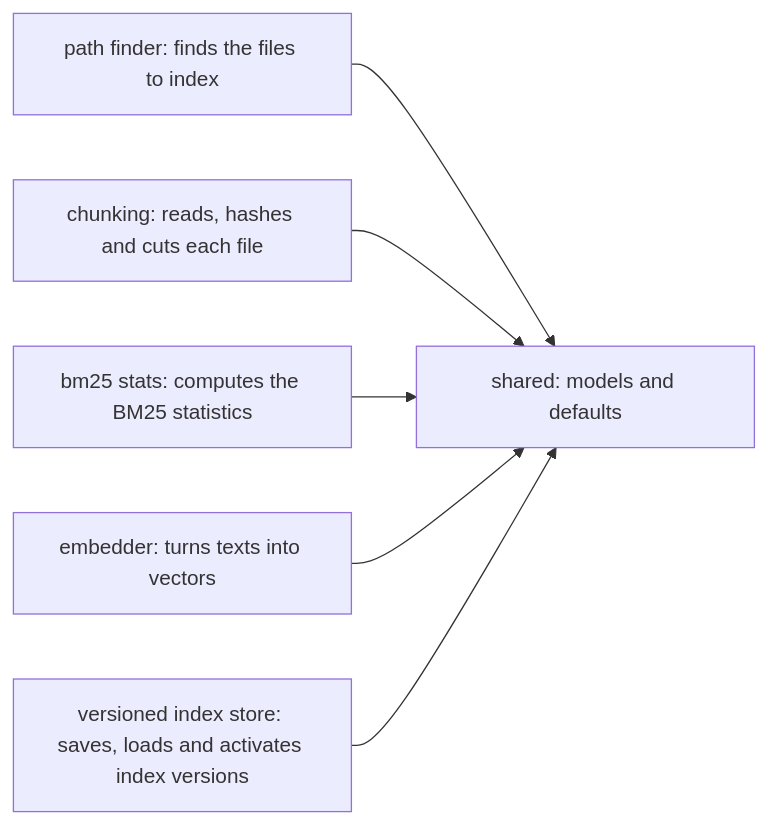
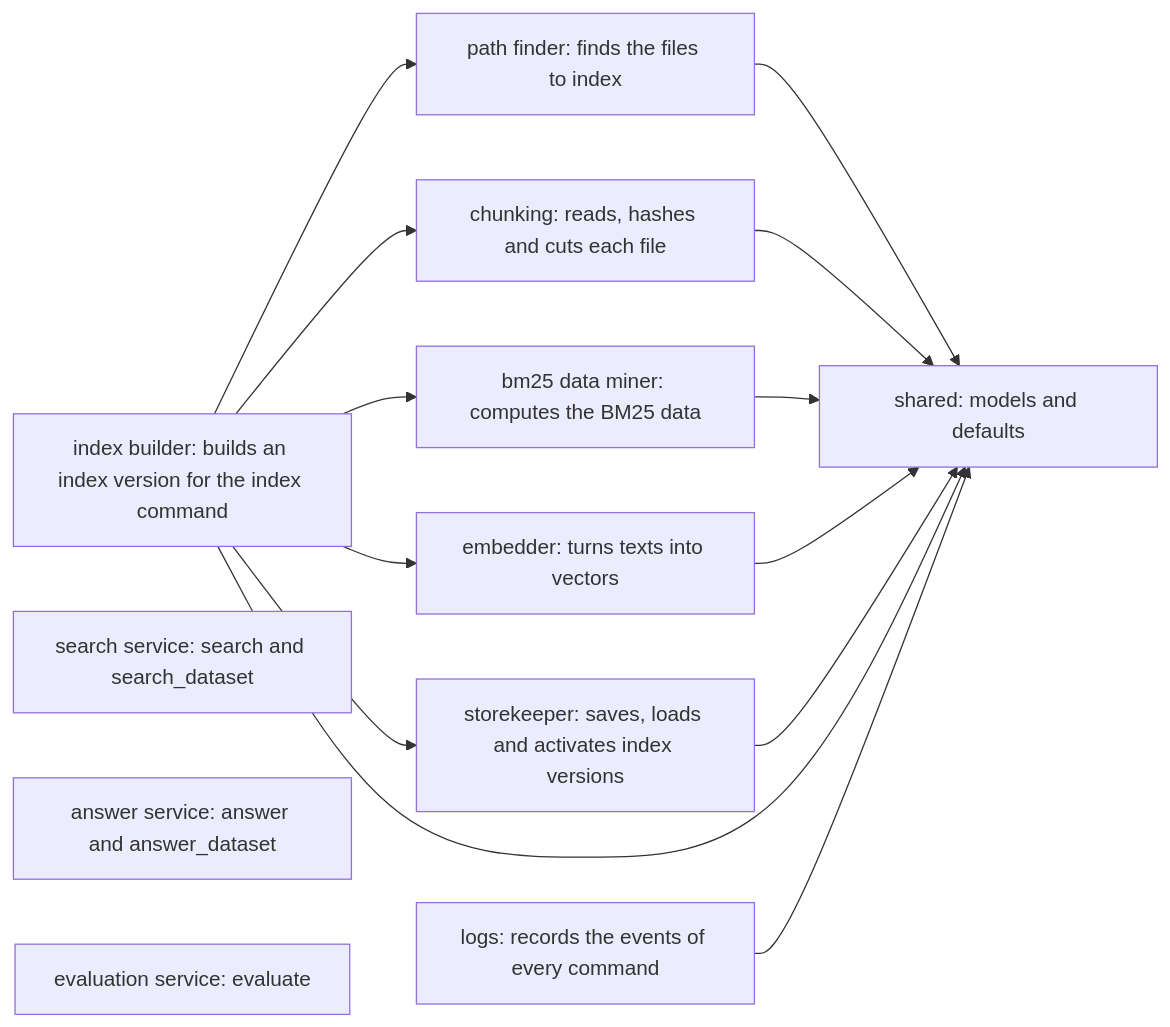
Before and after one commit to FNYRD/RAG-against-the-machine-: the diagram in block_division.md, drawn with Mermaid. The commit also changed other lines of this file and 1 other file, not shown here.

Commit message:
index block defined

````diff
--- a/block_division.md
+++ b/block_division.md
@@ -46,14 +76,26 @@
 ```mermaid
 flowchart LR
     shared[shared: models and defaults]
     pathfinder[path finder: finds the files to index]
     pathfinder --> shared
     chunking[chunking: reads, hashes and cuts each file]
     chunking --> shared
-    bm25stats[bm25 stats: computes the BM25 statistics]
-    bm25stats --> shared
+    bm25miner[bm25 data miner: computes the BM25 data]
+    bm25miner --> shared
     embedder[embedder: turns texts into vectors]
     embedder --> shared
-    store[versioned index store: saves, loads and activates index versions]
-    store --> shared
+    storekeeper[storekeeper: saves, loads and activates index versions]
+    storekeeper --> shared
+    indexbuilder[index builder: builds an index version for the index command]
+    indexbuilder --> shared
+    indexbuilder --> pathfinder
+    indexbuilder --> chunking
+    indexbuilder --> bm25miner
+    indexbuilder --> embedder
+    indexbuilder --> storekeeper
+    logsblock[logs: records the events of every command]
+    logsblock --> shared
+    searchsvc[search service: search and search_dataset]
+    answersvc[answer service: answer and answer_dataset]
+    evalsvc[evaluation service: evaluate]
 ```
````
